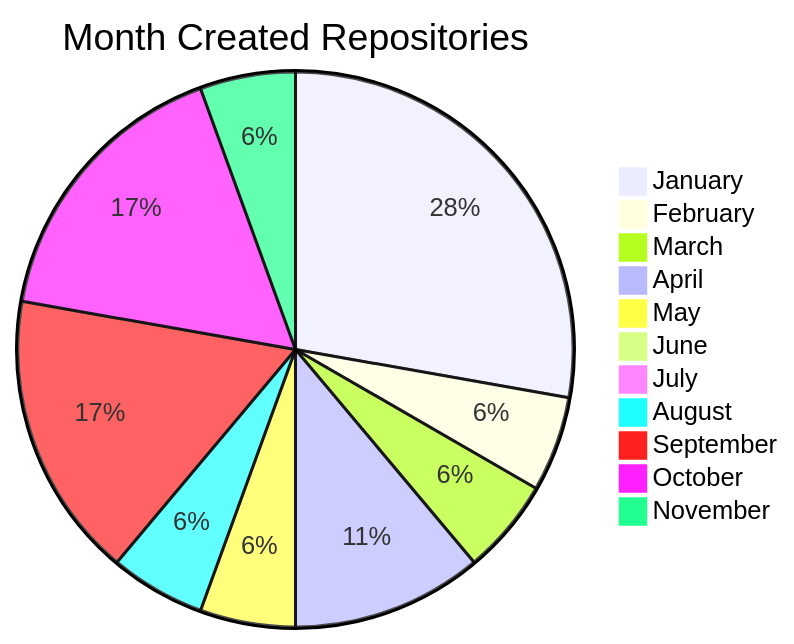
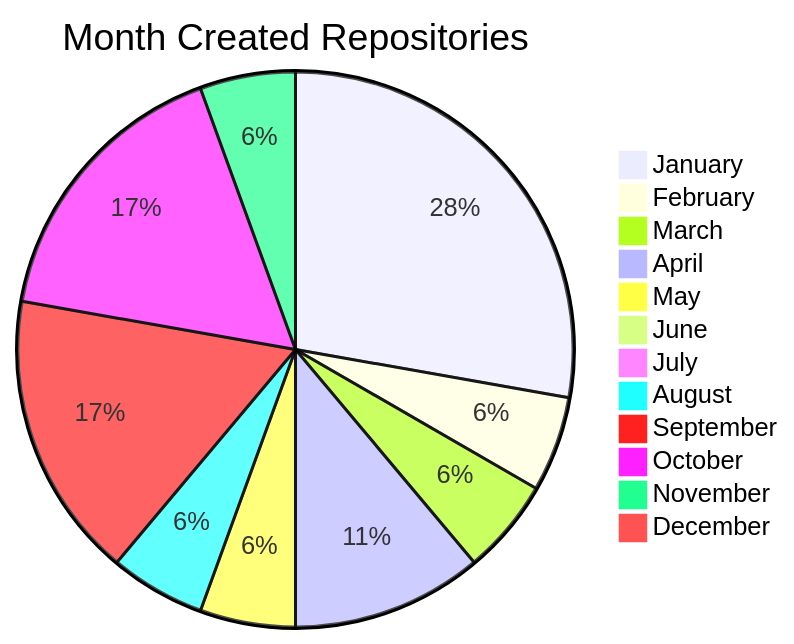
One commit to BackdevHong/WOC changed the second of 2 diagrams in README.md. Above: the diagram before and after it, drawn with Mermaid. The commit also changed other lines of this file, not shown here.

````diff
--- a/README.md
+++ b/README.md
@@ -34,14 +36,15 @@
 ```mermaid
 pie title Month Created Repositories
 "January" : 5
 "February" : 1
 "March" : 1
 "April" : 2
 "May" : 1
 "June" : 0
 "July": 0
 "August": 1
 "September": 3
 "October": 3
 "November": 1
+"December": 0
 ```
````
